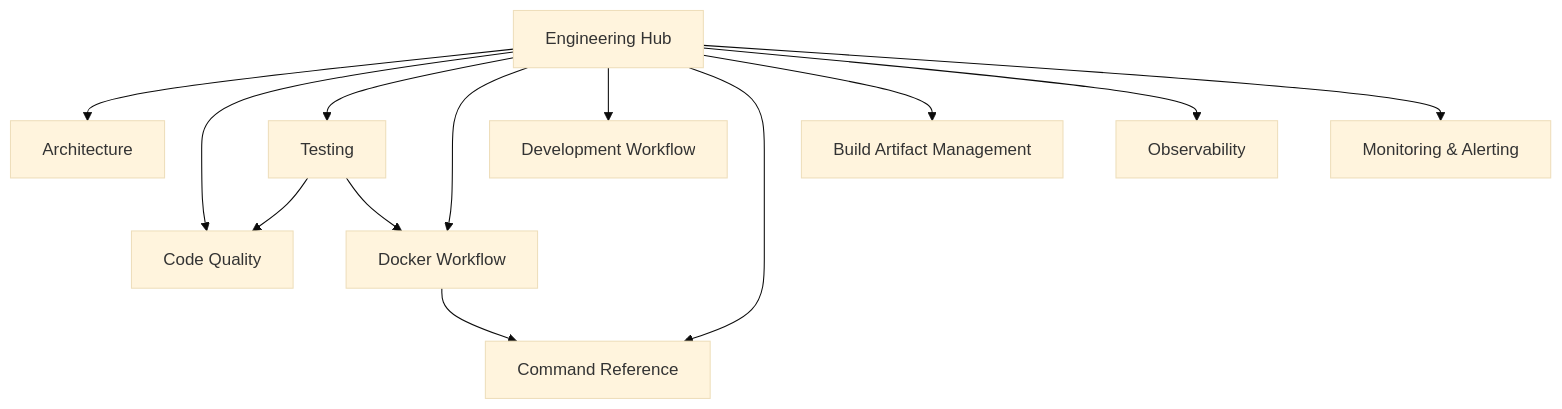
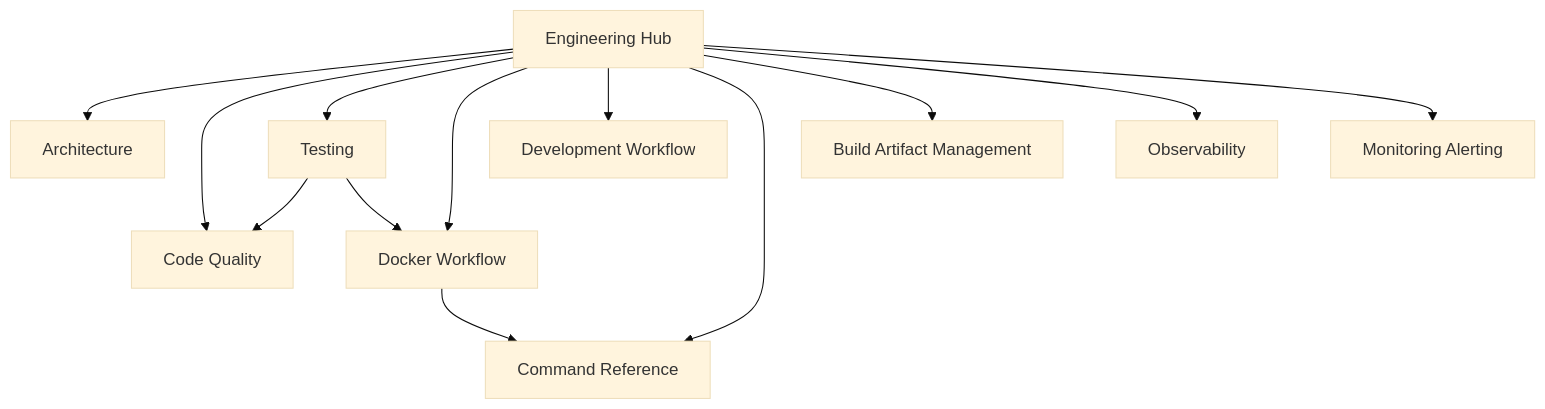
The diagram in documents/engineering/README.md (Tuee22/SpectralMC), drawn with Mermaid (base theme) before and after one commit. The commit also changed other lines of this file and 68 other files, not shown here.

````diff
--- a/documents/engineering/README.md
+++ b/documents/engineering/README.md
@@ -12,26 +13,26 @@
 ```mermaid
 flowchart TB
   Hub[Engineering Hub]
   Arch[Architecture]
   CQ[Code Quality]
   Test[Testing]
   Docker[Docker Workflow]
   Dev[Development Workflow]
   Cmds[Command Reference]
   Artifacts[Build Artifact Management]
   Observability[Observability]
-  Monitoring[Monitoring & Alerting]
+  Monitoring[Monitoring Alerting]
 
   Hub --> Arch
   Hub --> CQ
   Hub --> Test
   Hub --> Docker
   Hub --> Dev
   Hub --> Cmds
   Hub --> Artifacts
   Hub --> Observability
   Hub --> Monitoring
   Docker --> Cmds
   Test --> CQ
   Test --> Docker
 ```
````
